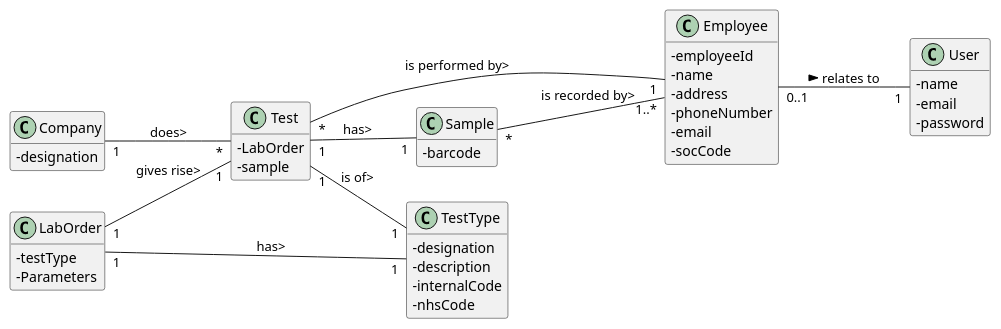
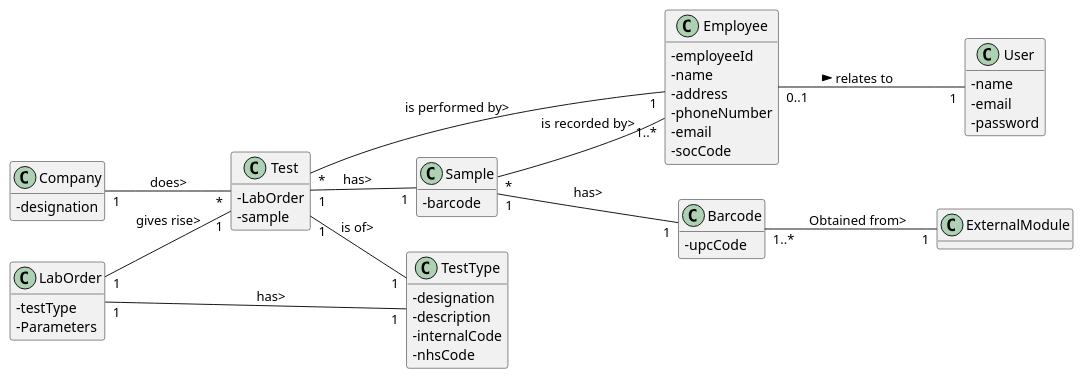
One commit to Pedromaia26/LAPR2-ISEP changed the diagram in docs/SprintC/US5_RecordTheSample/US005_MD.puml. Above: the diagram before and after it, drawn with PlantUML. The commit also changed 3 other files, not shown here.

```diff
--- a/docs/SprintC/US5_RecordTheSample/US005_MD.puml
+++ b/docs/SprintC/US5_RecordTheSample/US005_MD.puml
@@ -1,58 +1,65 @@
 @startuml
 hide methods
 left to right direction
 skinparam classAttributeIconSize 0
 
 
 class Company {
   -designation
 }
 
 class Employee {
   -employeeId
   -name
   -address
   -phoneNumber
   -email
   -socCode
 }
 
 
 
 class User{
   -name
   -email
   -password
 }
 
 class Test{
 -LabOrder
 -sample
 }
 
 class Sample{
 
 -barcode
 }
 
 class TestType{
 -designation
 -description
 -internalCode
 -nhsCode
 }
 class LabOrder{
 -testType
 -Parameters
 }
+class Barcode{
+-upcCode
+}
 
 Company "1" -- "*" Test: does>
 Test "1" -- "1" Sample : has>
 Test "*" -- "1" Employee : is performed by>
 Test "1" -- "1" TestType : is of>
 Employee "0..1" -- "1" User: relates to >
 Sample "*" -- "1..*" Employee : is recorded by>
 LabOrder "1" -- "1" Test : gives rise>
 
+Sample "1" -- "1" Barcode : has>
+
+Barcode "1..*" -- "1" ExternalModule : Obtained from>
+
 LabOrder "1" -- "1" TestType : has>
 @enduml
```
